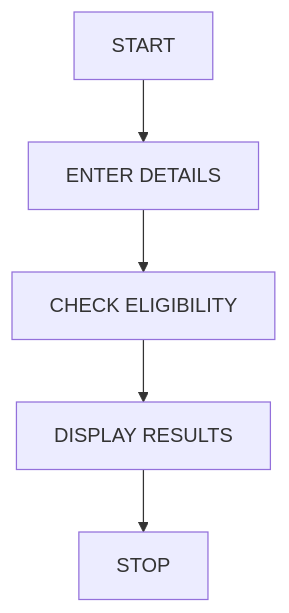
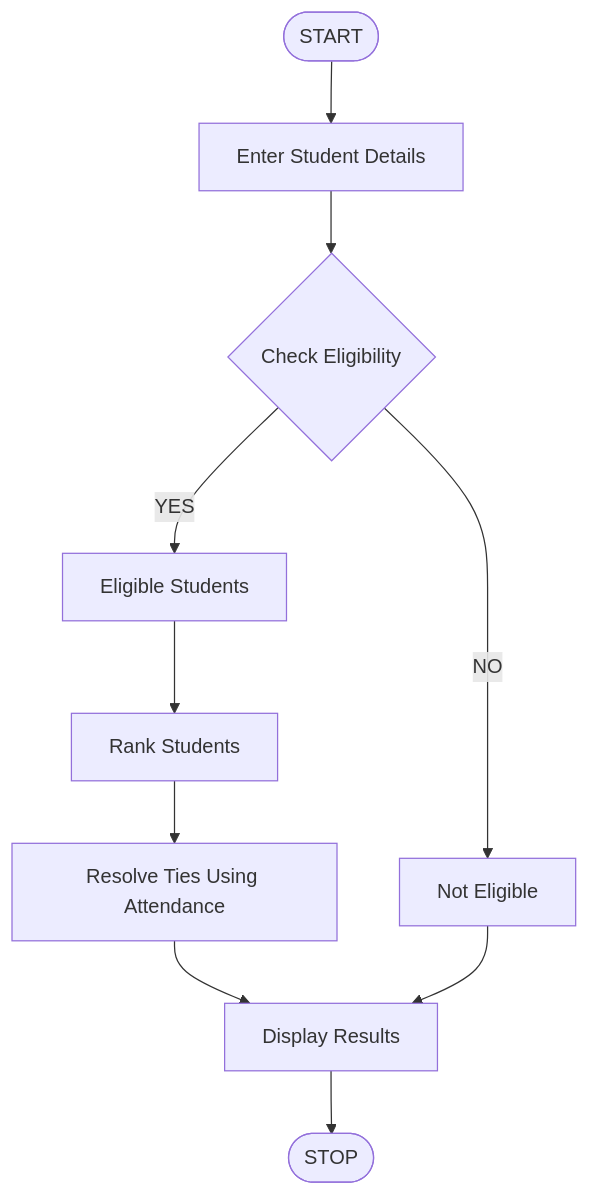
One commit to nihaa-18/Python-Activity-Based-Learning changed the diagram in task1/code.md. Above: the diagram before and after it, drawn with Mermaid.

````diff
--- a/task1/code.md
+++ b/task1/code.md
@@ -19,7 +19,12 @@
 ```mermaid
-graph TD
-A[START] --> B[ENTER DETAILS]
-B --> C[CHECK ELIGIBILITY]
-C --> D[DISPLAY RESULTS]
-D --> E[STOP]
+flowchart TD
+A([START]) --> B[Enter Student Details]
+B --> C{Check Eligibility}
+C -->|YES| D[Eligible Students]
+C -->|NO| E[Not Eligible]
+D --> F[Rank Students]
+F --> G[Resolve Ties Using Attendance]
+G --> H[Display Results]
+E --> H
+H --> I([STOP])
 ```
````
